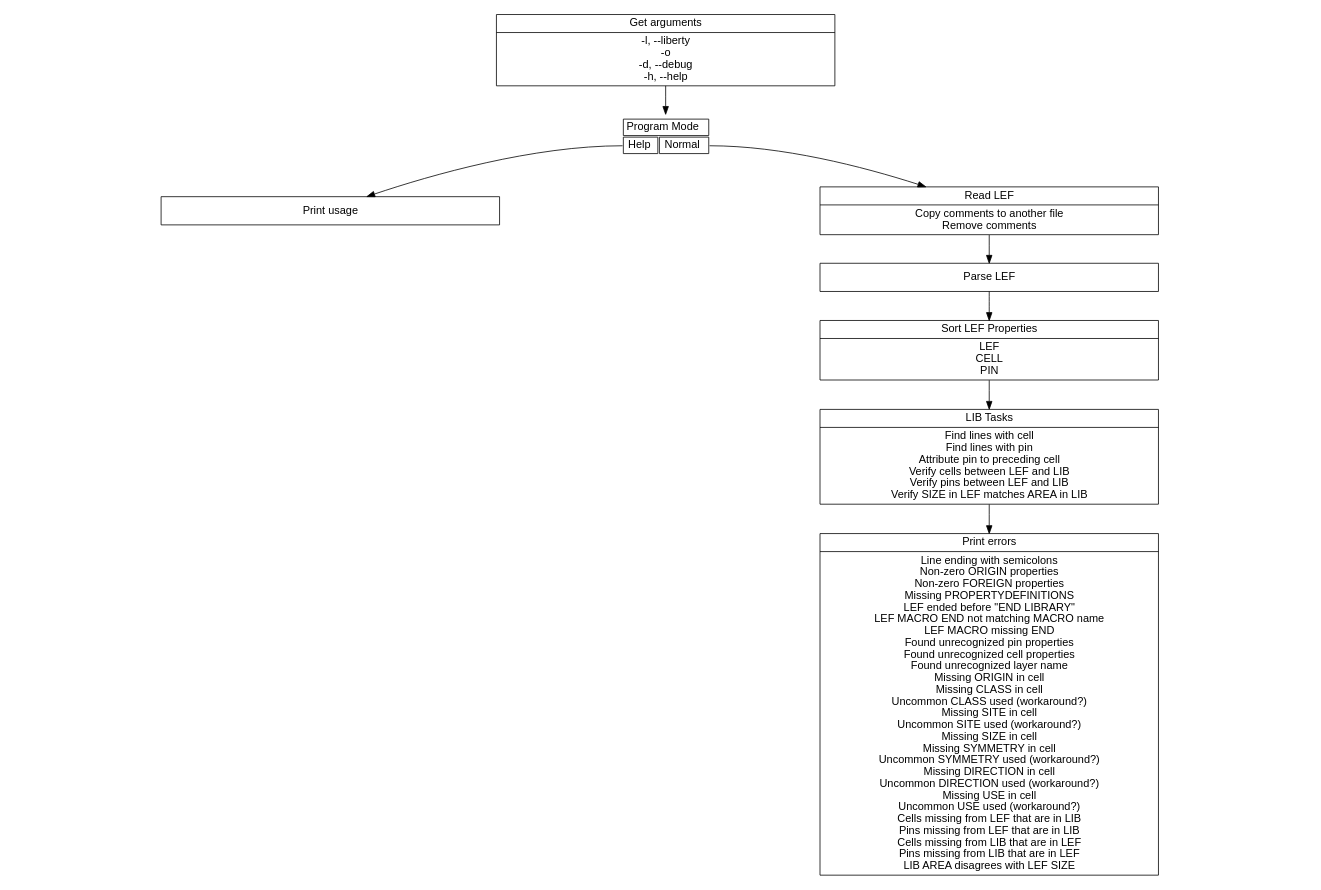
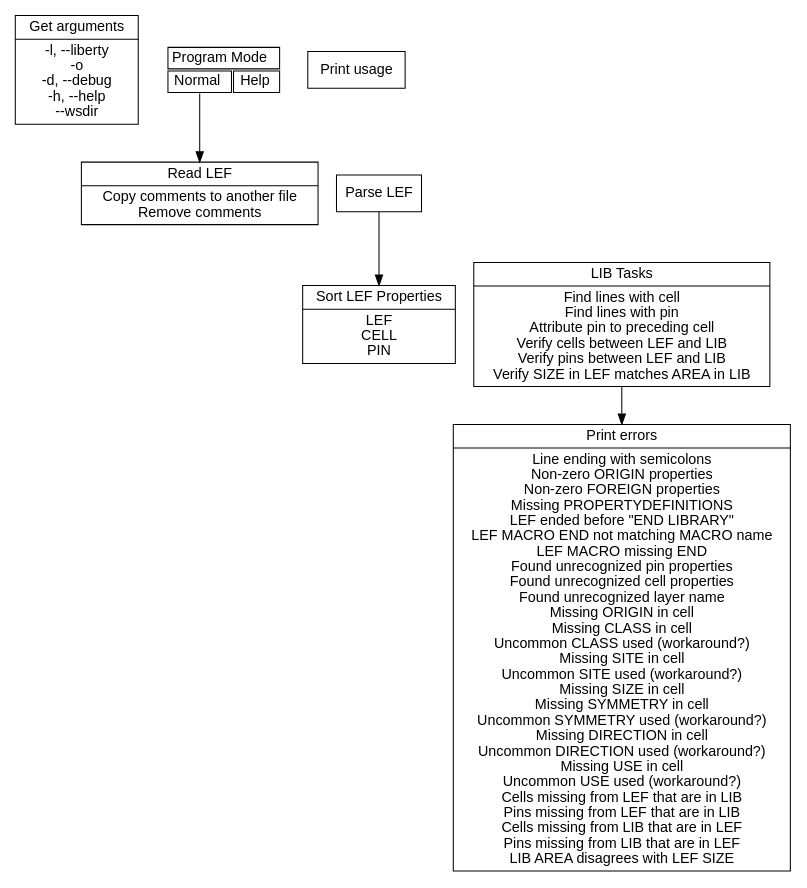
The diagram in flowchart_major.dot (jashley2017/CPE584_LefProject), drawn with Graphviz before and after one commit. The commit also changed 2 other files, not shown here.

```diff
--- a/flowchart_major.dot
+++ b/flowchart_major.dot
@@ -1,52 +1,64 @@
 digraph sortLEFdata {
     ordering=out;
     size="12,8";
-    ratio=fill;
+    ratio=auto;
     rankdir=TB;
     style="invis";    
     concentrate=true;
-    node [fontname=Helvetica shape=record width=6];
+    node [fontname=Helvetica shape=record width=1];
 
     ###
     ###
     ###
-
-    GET_ARGS [label="{Get arguments|-l, --liberty\n-o\n-d, --debug\n-h, --help}"];
-    PROGRAM_MODE [
-        shape=plaintext
-        label=<
-            <table border="0" cellborder="1">
-                <tr>
-                    <td colspan="2">Program Mode</td>
-                </tr>
-                <tr>
-                    <td port='help'>Help</td>
-                    <td port='normal'>Normal</td>
-                </tr>
-            </table>
-        >
-    ];
-    # Help Mode
-    PRINT_USAGE [label="Print usage"];
+    {
+        rank=same;
+        GET_ARGS [label="{Get arguments|-l, --liberty\n-o\n-d, --debug\n-h, --help\n--wsdir}"];
+        PROGRAM_MODE [
+            shape=plaintext
+            label=<
+                <table border="0" cellborder="1">
+                    <tr>
+                        <td colspan="2" port='mode'>Program Mode</td>
+                    </tr>
+                    <tr>
+                        <td port='normal'>Normal</td>
+                        <td port='help'>Help</td>
+                    </tr>
+                </table>
+            >
+        ];
+        GET_ARGS -> PROGRAM_MODE;
+        PRINT_USAGE [label="Print usage"];
+    }
+    
 
     # Normal Mode
     READ_LEF [label="{Read LEF|Copy comments to another file\nRemove comments}"];    
     PARSE_LEF [label="Parse LEF"];
     SORT_MACRO [label="{Sort LEF Properties|LEF\nCELL\nPIN}"];
     LIB_TASKS [label="{LIB Tasks|Find lines with cell\nFind lines with pin\nAttribute pin to preceding cell\nVerify cells between LEF and LIB\nVerify pins between LEF and LIB\nVerify SIZE in LEF matches AREA in LIB}"];
     ERRORS [label="{Print errors|Line ending with semicolons\nNon-zero ORIGIN properties\nNon-zero FOREIGN properties\nMissing PROPERTYDEFINITIONS\nLEF ended before \"END LIBRARY\"\nLEF MACRO END not matching MACRO name\nLEF MACRO missing END\nFound unrecognized pin properties\nFound unrecognized cell properties\nFound unrecognized layer name\nMissing ORIGIN in cell\nMissing CLASS in cell\nUncommon CLASS used (workaround?)\nMissing SITE in cell\nUncommon SITE used (workaround?)\nMissing SIZE in cell\nMissing SYMMETRY in cell\nUncommon SYMMETRY used (workaround?)\nMissing DIRECTION in cell\nUncommon DIRECTION used (workaround?)\nMissing USE in cell\nUncommon USE used (workaround?)\nCells missing from LEF that are in LIB\nPins missing from LEF that are in LIB\nCells missing from LIB that are in LEF\nPins missing from LIB that are in LEF\nLIB AREA disagrees with LEF SIZE}"];
 
     ###
     ###
     ###
+    {
+        rank=same;
+        READ_LEF;
+        PARSE_LEF;
+    }
+    {
+        rank=same;
+        SORT_MACRO;
+        LIB_TASKS;
+    }
 
-    GET_ARGS -> PROGRAM_MODE;
     PROGRAM_MODE:help
     -> PRINT_USAGE;
     PROGRAM_MODE:normal
     -> READ_LEF
     -> PARSE_LEF
     -> SORT_MACRO
     -> LIB_TASKS
     -> ERRORS;
 }
```
